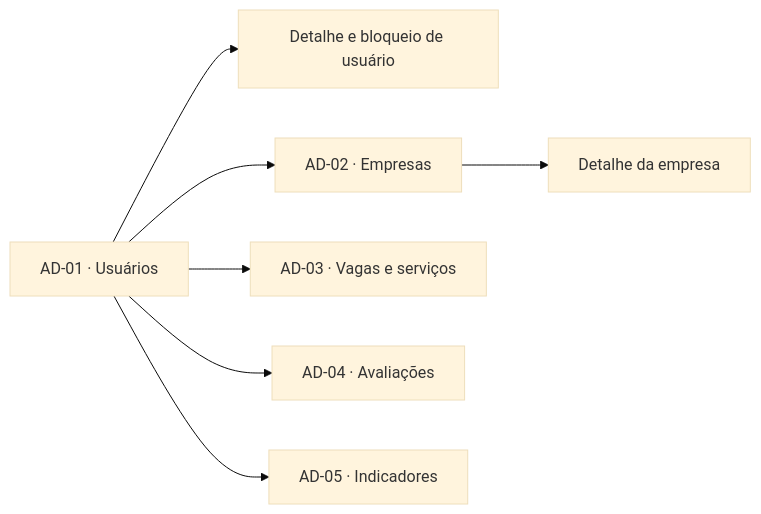
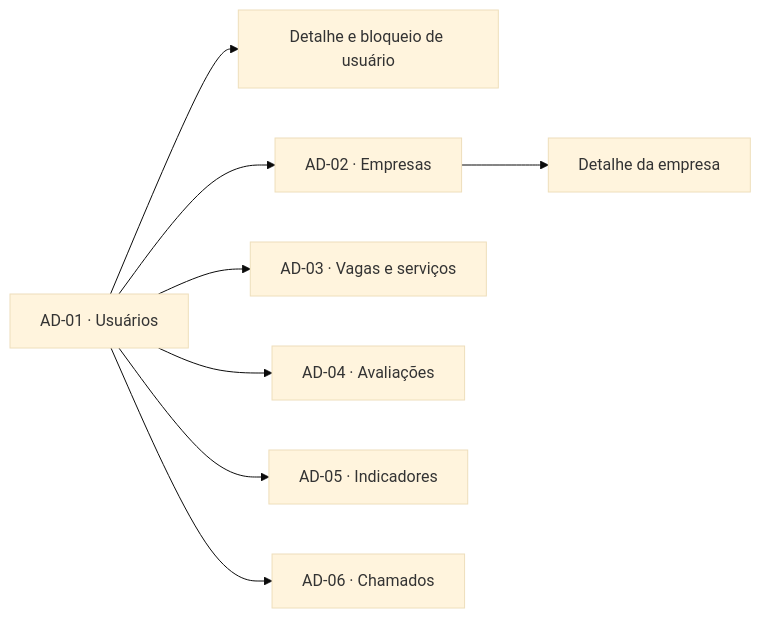
Before and after one commit to matheusnascimentods/software-quality-assurance: the fourth of 4 diagrams in README.md, drawn with Mermaid (base theme). The commit also changed other lines of this file and 26 other files, not shown here.

Commit message:
docs: organize Figma flows and assets

````diff
--- a/README.md
+++ b/README.md
@@ -113,9 +113,10 @@
 ```mermaid
 flowchart LR
     USERS["AD-01 · Usuários"] --> USER_DETAIL["Detalhe e bloqueio de usuário"]
     USERS --> COMPANIES["AD-02 · Empresas"]
     USERS --> JOBS["AD-03 · Vagas e serviços"]
     USERS --> REVIEWS["AD-04 · Avaliações"]
     USERS --> METRICS["AD-05 · Indicadores"]
+    USERS --> SUPPORT["AD-06 · Chamados"]
     COMPANIES --> COMPANY_DETAIL["Detalhe da empresa"]
 ```
````
